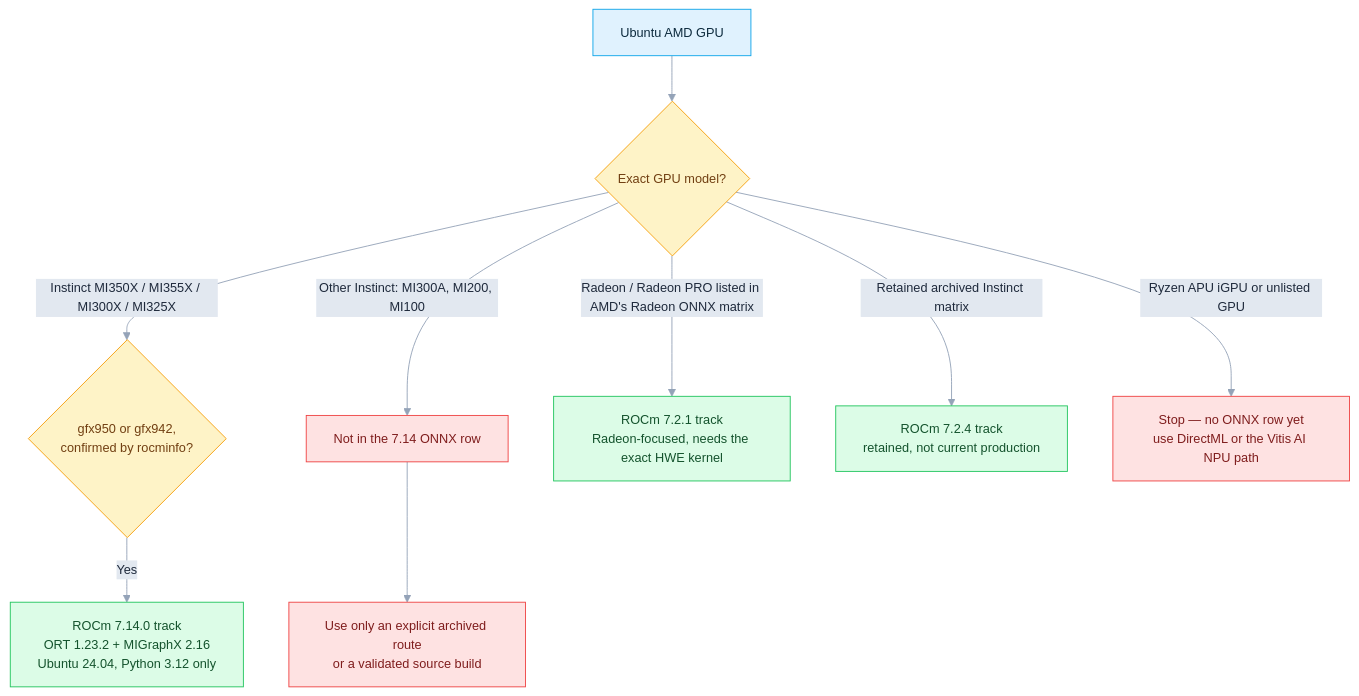
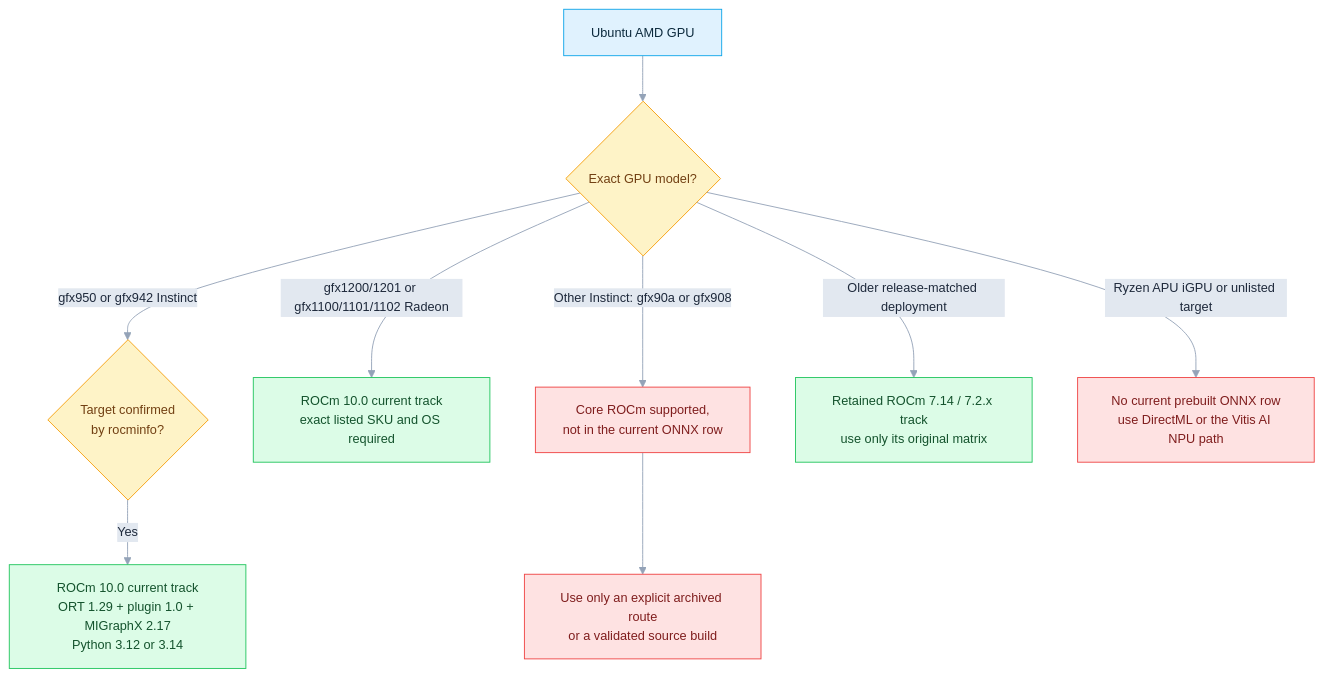
The third of 9 diagrams in AMD/README.md (DakeQQ/Tutorial-ONNX-Runtime-Execution-Providers), drawn with Mermaid before and after one commit. The commit also changed other lines of this file and 42 other files, not shown here.

````diff
--- a/AMD/README.md
+++ b/AMD/README.md
@@ -320,21 +325,21 @@
 ```mermaid
 %%{init: {"theme":"base","themeVariables":{"fontSize":"14px","lineColor":"#94a3b8","edgeLabelBackground":"#e2e8f0","primaryTextColor":"#1e293b"}}}%%
 flowchart TD
     A["Ubuntu AMD GPU"] --> B{"Exact GPU model?"}
-    B -->|"Instinct MI350X / MI355X / MI300X / MI325X"| C{"gfx950 or gfx942,<br/>confirmed by rocminfo?"}
-    C -->|Yes| D["ROCm 7.14.0 track<br/>ORT 1.23.2 + MIGraphX 2.16<br/>Ubuntu 24.04, Python 3.12 only"]
-    B -->|"Other Instinct: MI300A, MI200, MI100"| E["Not in the 7.14 ONNX row"]
+    B -->|"gfx950 or gfx942 Instinct"| C{"Target confirmed<br/>by rocminfo?"}
+    C -->|Yes| D["ROCm 10.0 current track<br/>ORT 1.29 + plugin 1.0 + MIGraphX 2.17<br/>Python 3.12 or 3.14"]
+    B -->|"gfx1200/1201 or gfx1100/1101/1102 Radeon"| G["ROCm 10.0 current track<br/>exact listed SKU and OS required"]
+    B -->|"Other Instinct: gfx90a or gfx908"| E["Core ROCm supported,<br/>not in the current ONNX row"]
     E --> F["Use only an explicit archived route<br/>or a validated source build"]
-    B -->|"Radeon / Radeon PRO listed in AMD's Radeon ONNX matrix"| G["ROCm 7.2.1 track<br/>Radeon-focused, needs the exact HWE kernel"]
-    B -->|"Retained archived Instinct matrix"| H["ROCm 7.2.4 track<br/>retained, not current production"]
-    B -->|"Ryzen APU iGPU or unlisted GPU"| I["Stop — no ONNX row yet<br/>use DirectML or the Vitis AI NPU path"]
+    B -->|"Older release-matched deployment"| H["Retained ROCm 7.14 / 7.2.x track<br/>use only its original matrix"]
+    B -->|"Ryzen APU iGPU or unlisted target"| I["No current prebuilt ONNX row<br/>use DirectML or the Vitis AI NPU path"]
 
     classDef step fill:#e0f2fe,stroke:#0ea5e9,color:#0c2a3d;
     classDef dec fill:#fef3c7,stroke:#f59e0b,color:#713f12;
     classDef good fill:#dcfce7,stroke:#22c55e,color:#14532d;
     classDef bad fill:#fee2e2,stroke:#ef4444,color:#7f1d1d;
     class A step;
     class B,C dec;
     class D,G,H good;
     class E,F,I bad;
 ```
````
